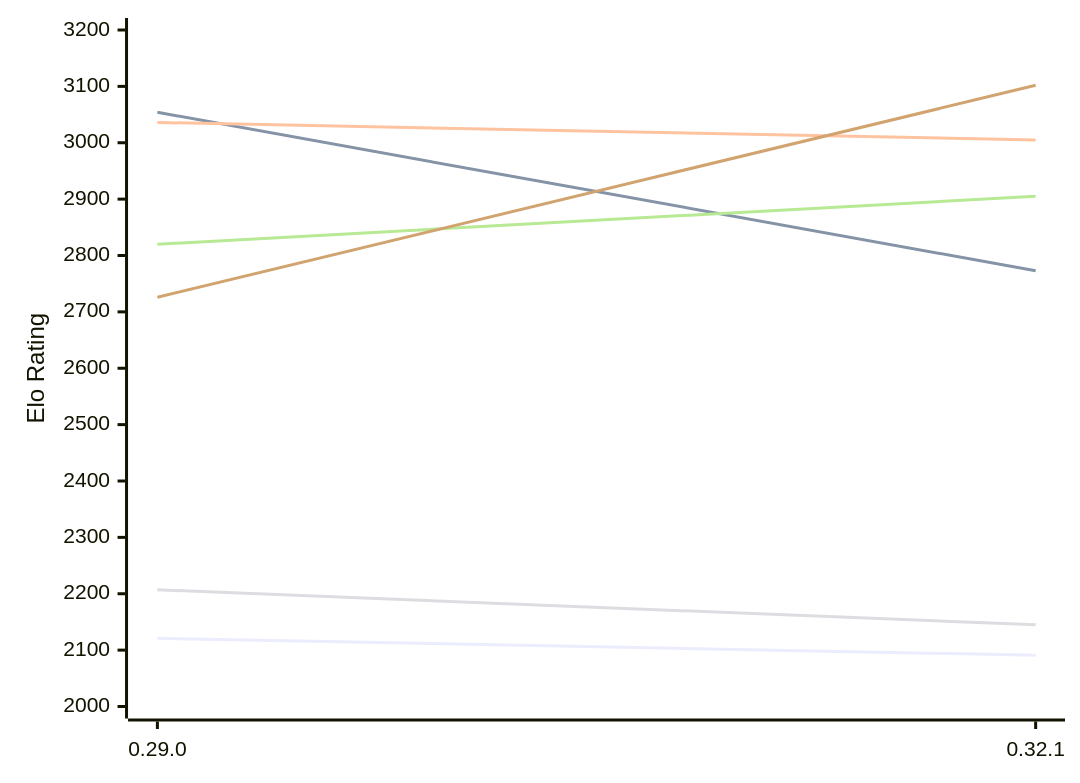
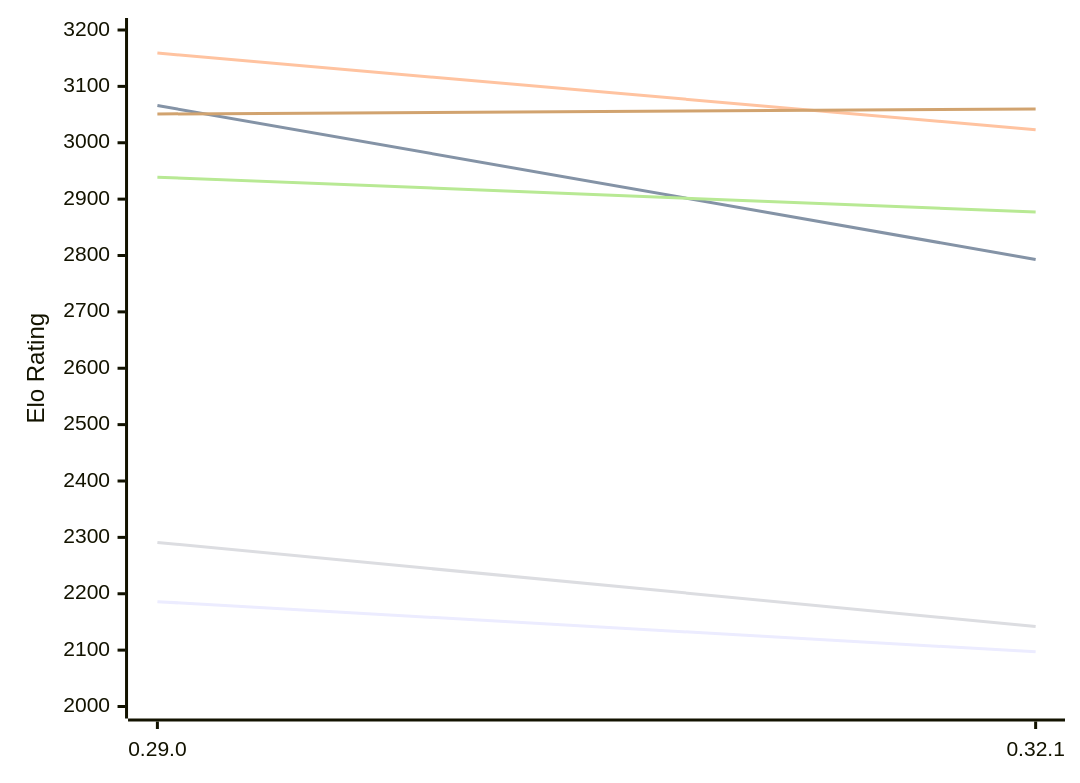
The first of 2 diagrams in engines/Lc0.md (computer-chess-index/cci), drawn with Mermaid before and after one commit. The commit also changed other lines of this file, not shown here.

Commit message:
Update CCI Ratings (ELO VLTC) - 2026-11-14

````diff
--- a/engines/Lc0.md
+++ b/engines/Lc0.md
@@ -50,12 +50,12 @@
 ```mermaid
 %%{init: {"theme":"base","themeVariables":{"seriesColors:['#a3a3a3','#222221','#faa371']}}}%%
 xychart-beta
   x-axis ["0.29.0", "0.32.1"]
   y-axis "Elo Rating" 2000 --> 3200
-  line "E1: STC (8.0+0.08s)" [2121, 2091]
-  line "E1: LTC (60.0+0.60s)" [3054, 2773]
-  line "E1: VLTC (2m24s+1.12s)" [3036, 3005]
-  line "P1: STC (8.0+0.08s)" [2207, 2145]
-  line "P1: LTC (60.0+0.60s)" [2820, 2905]
-  line "P1: VLTC (2m24s+1.12s)" [2726, 3102]
+  line "E1: STC (8.0+0.08s)" [2186, 2097]
+  line "E1: LTC (60.0+0.60s)" [3066, 2793]
+  line "E1: VLTC (2m24s+1.12s)" [3159, 3023]
+  line "P1: STC (8.0+0.08s)" [2291, 2142]
+  line "P1: LTC (60.0+0.60s)" [2939, 2877]
+  line "P1: VLTC (2m24s+1.12s)" [3051, 3060]
 ```
````
